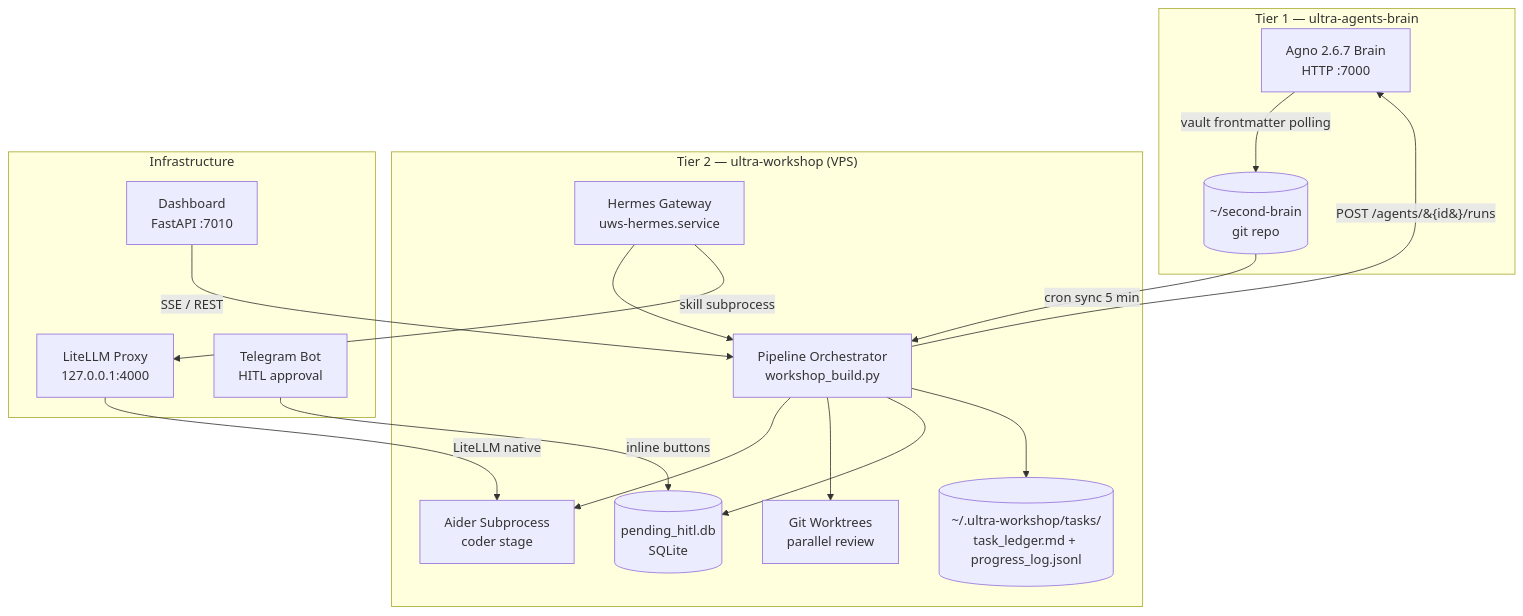
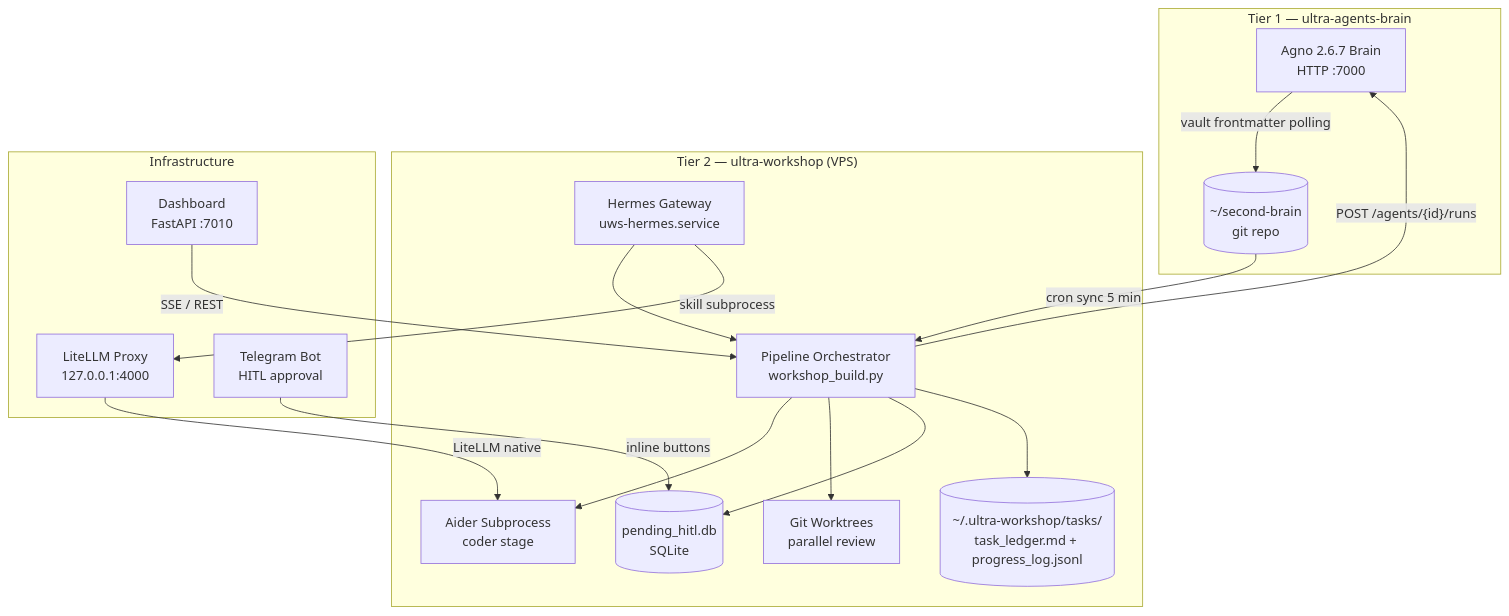
Before and after one commit to caiobellizzi/ultra-workshop: the first of 2 diagrams in docs/ARCHITECTURE.md, drawn with Mermaid.

Commit message:
fix(docs): quote mermaid edge label to prevent {id} parse error
HTML-encoding &#123;/&#125; doesn't work — GitHub decodes entities before
mermaid parses, so {id} still triggers DIAMOND_START parse error.
Wrapping the label in quotes is the correct mermaid syntax for
edge labels containing special characters.

````diff
--- a/docs/ARCHITECTURE.md
+++ b/docs/ARCHITECTURE.md
@@ -10,35 +10,35 @@
 ```mermaid
 graph TD
     subgraph "Tier 1 — ultra-agents-brain"
         BRAIN[Agno 2.6.7 Brain\nHTTP :7000]
         VAULT[(~/second-brain\ngit repo)]
     end
 
     subgraph "Tier 2 — ultra-workshop (VPS)"
         HERMES[Hermes Gateway\nuws-hermes.service]
         PIPELINE[Pipeline Orchestrator\nworkshop_build.py]
         AIDER[Aider Subprocess\ncoder stage]
         WORKTREES[Git Worktrees\nparallel review]
         HITL_DB[(pending_hitl.db\nSQLite)]
         TASK_LEDGER[(~/.ultra-workshop/tasks/\ntask_ledger.md + progress_log.jsonl)]
     end
 
     subgraph "Infrastructure"
         LITELLM[LiteLLM Proxy\n127.0.0.1:4000]
         DASHBOARD[Dashboard\nFastAPI :7010]
         TELEGRAM[Telegram Bot\nHITL approval]
     end
 
-    PIPELINE -->|POST /agents/&#123;id&#125;/runs| BRAIN
+    PIPELINE -->|"POST /agents/{id}/runs"| BRAIN
     BRAIN -->|vault frontmatter polling| VAULT
     VAULT -->|cron sync 5 min| PIPELINE
     PIPELINE --> AIDER
     PIPELINE --> WORKTREES
     PIPELINE --> HITL_DB
     PIPELINE --> TASK_LEDGER
     HERMES --> PIPELINE
     LITELLM -->|LiteLLM native| AIDER
     HERMES -->|skill subprocess| LITELLM
     DASHBOARD -->|SSE / REST| PIPELINE
     TELEGRAM -->|inline buttons| HITL_DB
 ```
````
